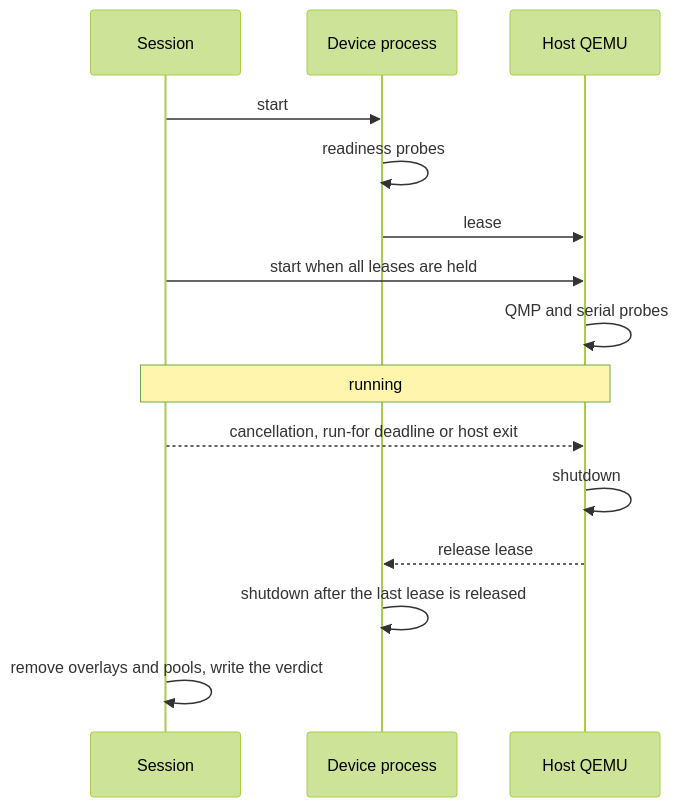
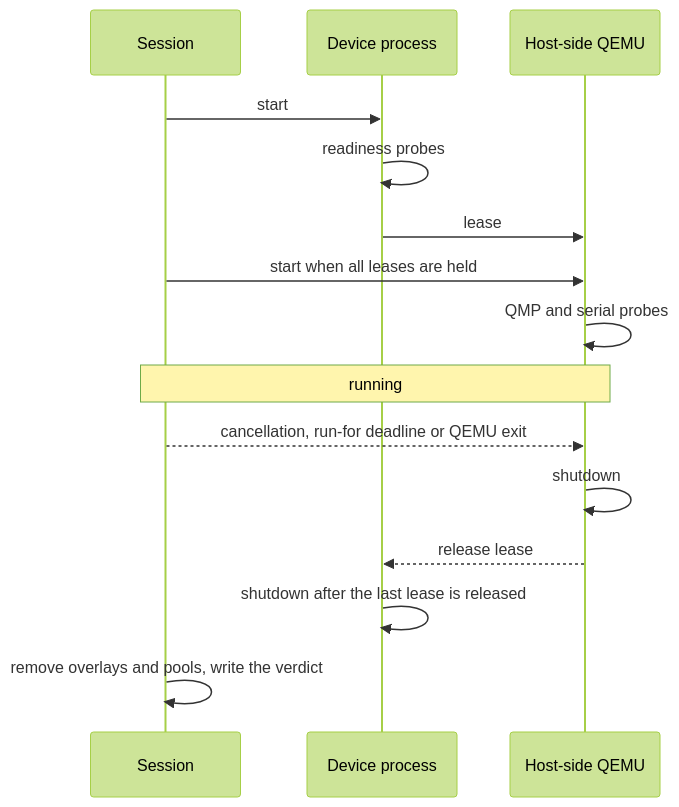
The third of 3 diagrams in docs/en/topology.md (chengchen512/cosim-gpu), drawn with Mermaid (forest theme) before and after one commit. The commit also changed other lines of this file and 45 other files, not shown here.

````diff
--- a/docs/en/topology.md
+++ b/docs/en/topology.md
@@ -221,17 +221,17 @@
 ```mermaid
 sequenceDiagram
     participant S as Session
     participant D as Device process
-    participant H as Host QEMU
+    participant H as Host-side QEMU
     S->>D: start
     D->>D: readiness probes
     D->>H: lease
     S->>H: start when all leases are held
     H->>H: QMP and serial probes
     Note over S,H: running
-    S-->>H: cancellation, run-for deadline or host exit
+    S-->>H: cancellation, run-for deadline or QEMU exit
     H->>H: shutdown
     H-->>D: release lease
     D->>D: shutdown after the last lease is released
     S->>S: remove overlays and pools, write the verdict
 ```
````
